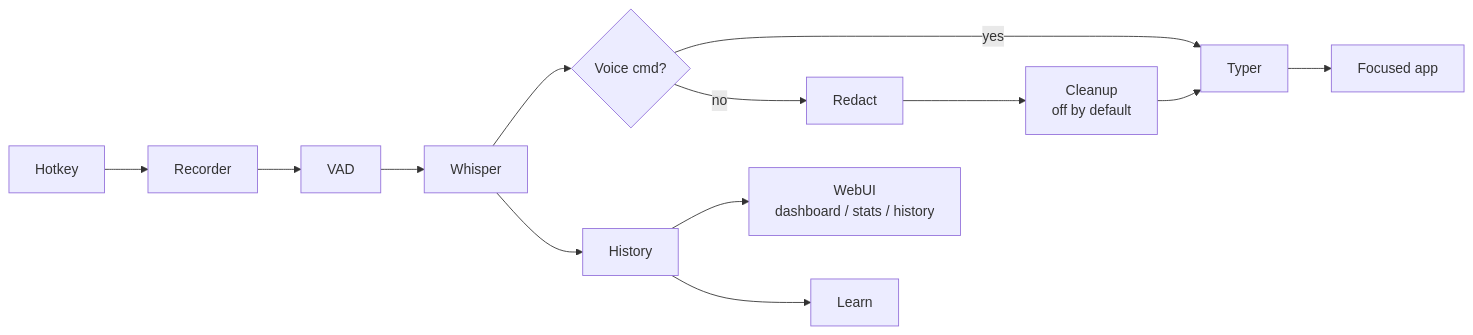
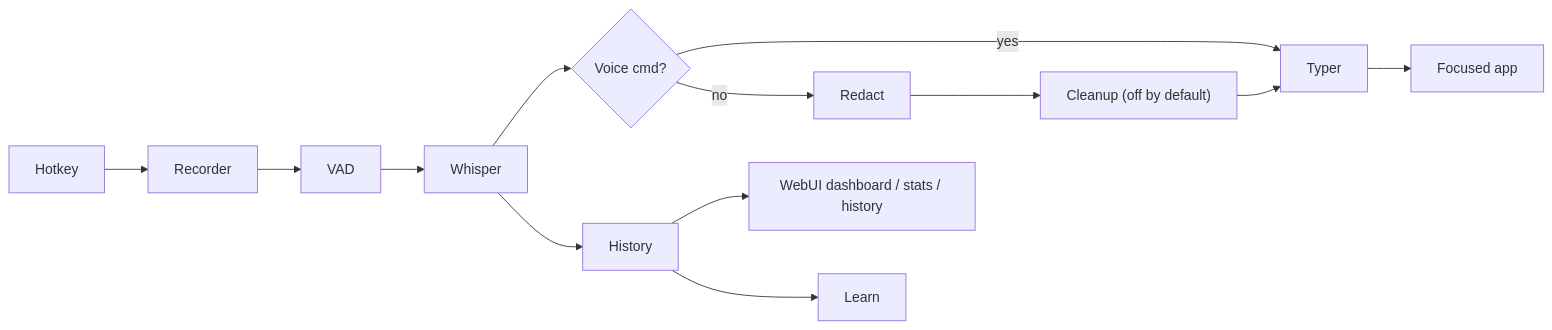
The diagram in docs/index.md (lewiswigmore/macOS-dictate), drawn with Mermaid before and after one commit. The commit also changed 1 other file, not shown here.

Commit message:
docs: fix mermaid 11.x syntax errors in pipeline diagrams
Mermaid 11.x rejects <br/> inside unquoted node labels and unquoted
subgraph titles with spaces/hyphens, producing 'Syntax error in text'
on the rendered page. Switch all node labels to quoted strings and
collapse the line breaks into single-line labels.

Affects docs/index.md (architecture-at-a-glance) and docs/architecture.md
(dictation pipeline + threading model).

````diff
--- a/docs/index.md
+++ b/docs/index.md
@@ -75,11 +75,11 @@
 ```mermaid
 flowchart LR
     Hotkey --> Recorder --> VAD --> Whisper
-    Whisper --> Commands{Voice cmd?}
+    Whisper --> Commands{"Voice cmd?"}
     Commands -- yes --> Typer
-    Commands -- no --> Redact --> Cleanup[Cleanup<br/>off by default]
-    Cleanup --> Typer --> App[Focused app]
+    Commands -- no --> Redact --> Cleanup["Cleanup (off by default)"]
+    Cleanup --> Typer --> App["Focused app"]
     Whisper --> History
-    History --> WebUI[WebUI<br/>dashboard / stats / history]
+    History --> WebUI["WebUI dashboard / stats / history"]
     History --> Learn
 ```
````
